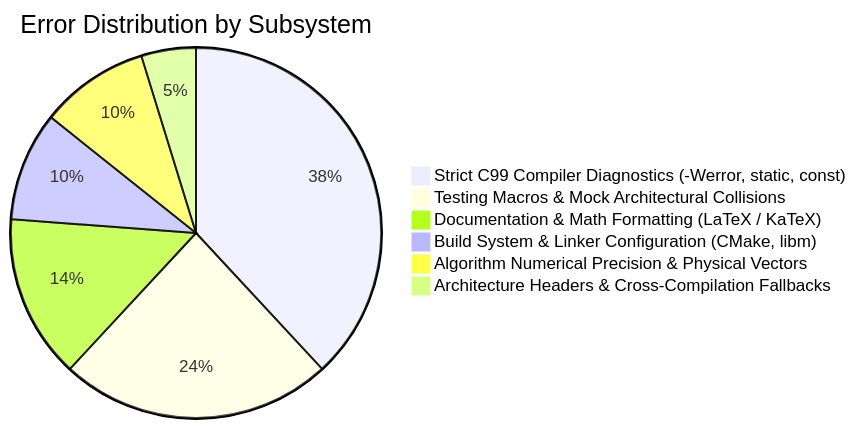
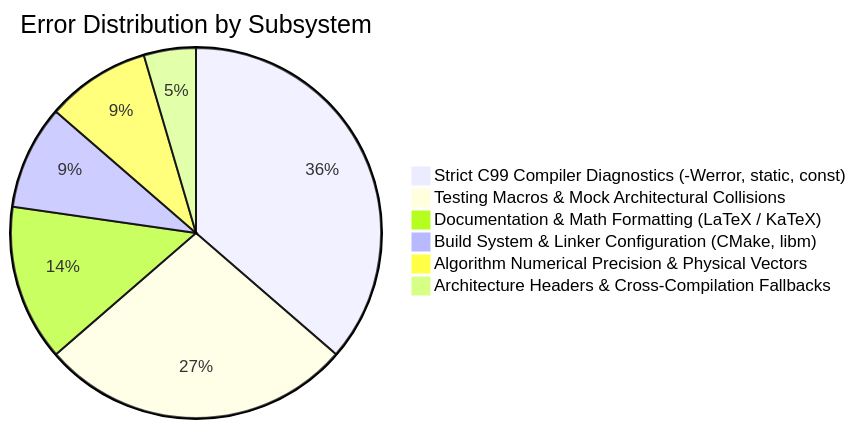
One commit to Thejus26/rain-predict changed the diagram in context/errors/README.md. Above: the diagram before and after it, drawn with Mermaid. The commit also changed other lines of this file and 2 other files, not shown here.

Commit message:
fix(test): resolve ERR-022 define TEST_ASSERT_UINT16_WITHIN helper in test_bsp_adc

````diff
--- a/context/errors/README.md
+++ b/context/errors/README.md
@@ -37,9 +38,9 @@
 ```mermaid
 pie title Error Distribution by Subsystem
     "Strict C99 Compiler Diagnostics (-Werror, static, const)" : 8
-    "Testing Macros & Mock Architectural Collisions" : 5
+    "Testing Macros & Mock Architectural Collisions" : 6
     "Documentation & Math Formatting (LaTeX / KaTeX)" : 3
     "Build System & Linker Configuration (CMake, libm)" : 2
     "Algorithm Numerical Precision & Physical Vectors" : 2
     "Architecture Headers & Cross-Compilation Fallbacks" : 1
 ```
````
